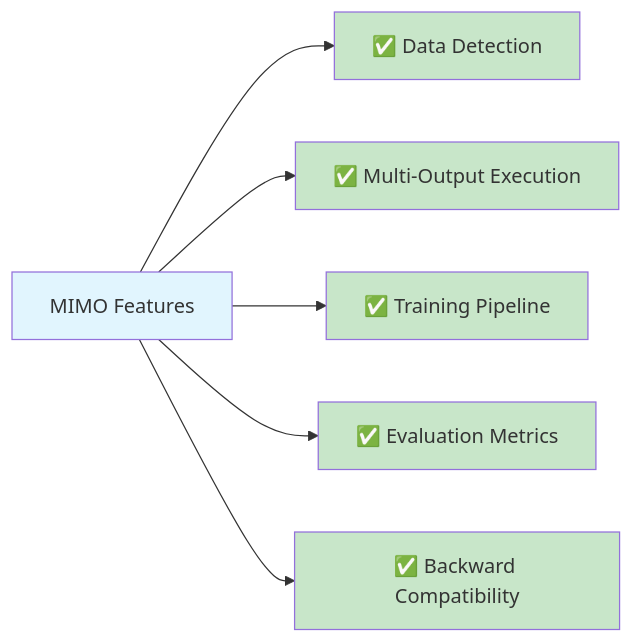
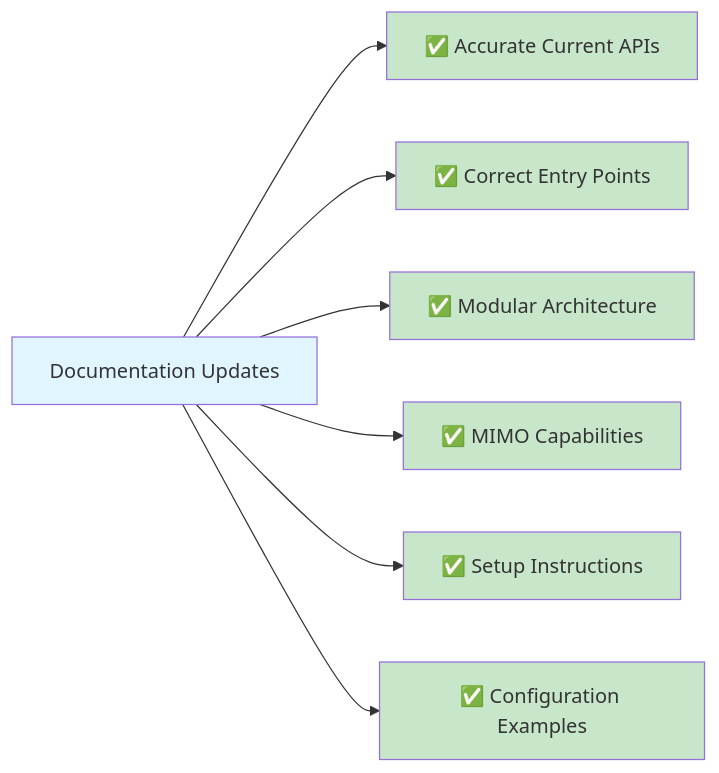
The second of 2 diagrams in dso-docs/docs/summary.md (sheydHD/deep-symbolic-optimization), drawn with Mermaid before and after one commit. The commit also changed other lines of this file and 33 other files, not shown here.

````diff
--- a/dso-docs/docs/summary.md
+++ b/dso-docs/docs/summary.md
@@ -44,15 +46,17 @@
 ```mermaid
 graph LR
-    A[MIMO Features] --> B[✅ Data Detection]
-    A --> C[✅ Multi-Output Execution]
-    A --> D[✅ Training Pipeline]
-    A --> E[✅ Evaluation Metrics]
-    A --> F[✅ Backward Compatibility]
+    A[Documentation Updates] --> B[✅ Accurate Current APIs]
+    A --> C[✅ Correct Entry Points]
+    A --> D[✅ Modular Architecture]
+    A --> E[✅ MIMO Capabilities]
+    A --> F[✅ Setup Instructions]
+    A --> G[✅ Configuration Examples]
     
     style A fill:#e1f5fe
     style B fill:#c8e6c9
     style C fill:#c8e6c9
     style D fill:#c8e6c9
     style E fill:#c8e6c9
     style F fill:#c8e6c9
+    style G fill:#c8e6c9
 ```
````
